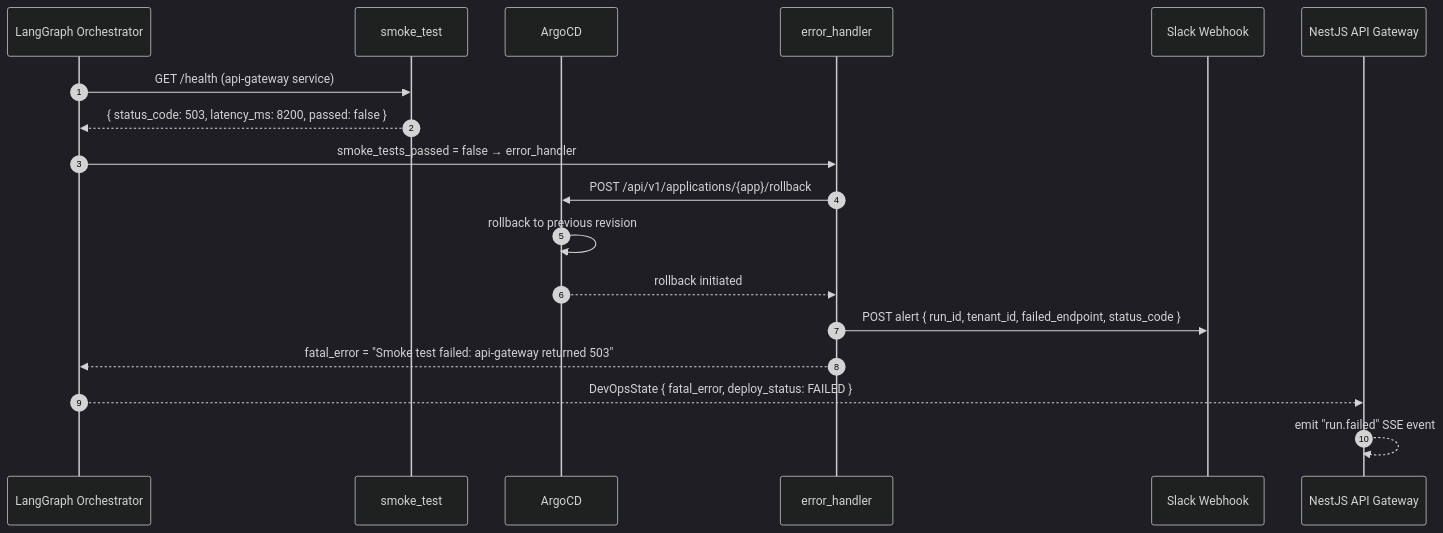
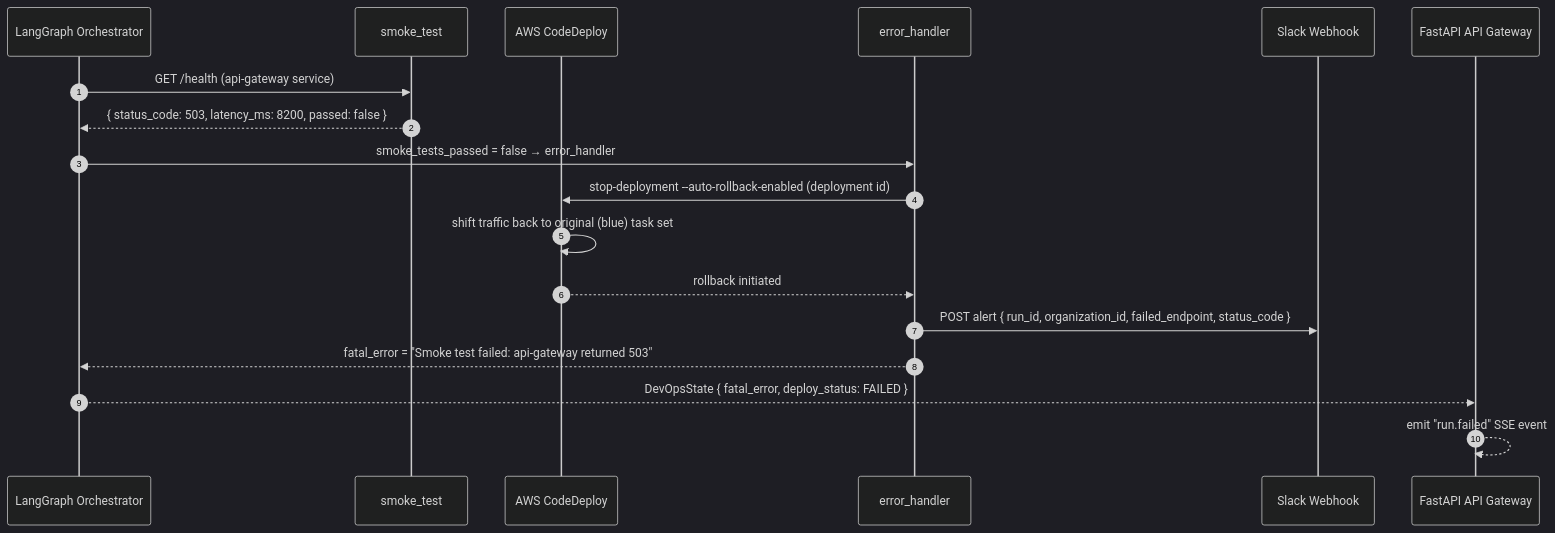
The third of 5 diagrams in docs/architecture/Agents-Architecture/devops-agent.md (kaushraj1/AutoFounder), drawn with Mermaid (dark theme) before and after one commit. The commit also changed other lines of this file and 9 other files, not shown here.

First line of the commit message:
refactor(docs): migrate docs/architecture to the canonical stack

````diff
--- a/docs/architecture/Agents-Architecture/devops-agent.md
+++ b/docs/architecture/Agents-Architecture/devops-agent.md
@@ -1610,24 +1622,24 @@
 ```mermaid
 sequenceDiagram
     autonumber
     participant Graph as LangGraph Orchestrator
     participant Smoke as smoke_test
-    participant Argo  as ArgoCD
+    participant CD    as AWS CodeDeploy
     participant EH    as error_handler
     participant Slack as Slack Webhook
-    participant API   as NestJS API Gateway
+    participant API   as FastAPI API Gateway
 
     Graph ->> Smoke: GET /health (api-gateway service)
     Smoke -->> Graph: { status_code: 503, latency_ms: 8200, passed: false }
 
     Graph ->> EH: smoke_tests_passed = false → error_handler
-    EH ->> Argo: POST /api/v1/applications/{app}/rollback
-    Argo ->> Argo: rollback to previous revision
-    Argo -->> EH: rollback initiated
+    EH ->> CD: stop-deployment --auto-rollback-enabled (deployment id)
+    CD ->> CD: shift traffic back to original (blue) task set
+    CD -->> EH: rollback initiated
 
-    EH ->> Slack: POST alert { run_id, tenant_id, failed_endpoint, status_code }
+    EH ->> Slack: POST alert { run_id, organization_id, failed_endpoint, status_code }
     EH -->> Graph: fatal_error = "Smoke test failed: api-gateway returned 503"
 
     Graph -->> API: DevOpsState { fatal_error, deploy_status: FAILED }
     API -->> API: emit "run.failed" SSE event
 ```
````
